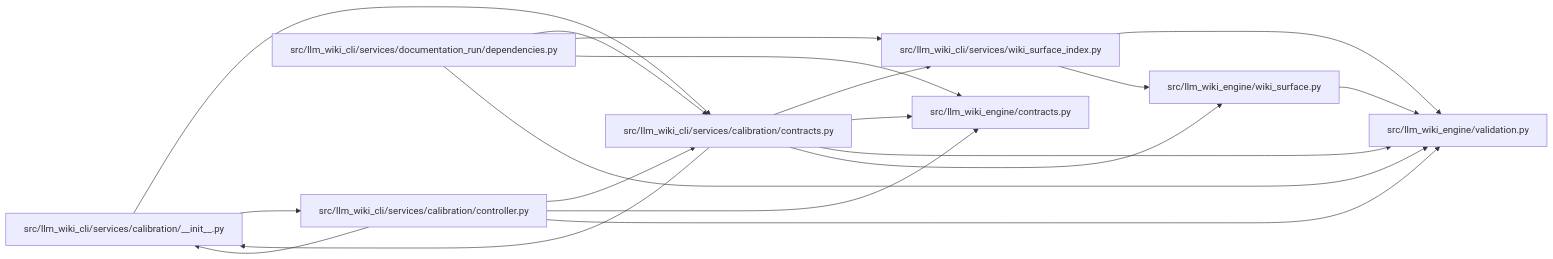
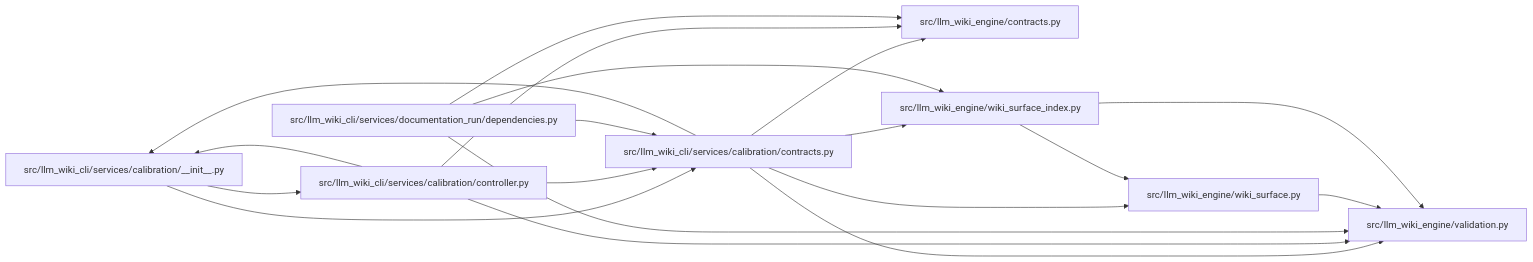
The diagram in docs/llm_wiki/modules/calibration_contracts.md (Denissvgn/python-wiki-llm), drawn with Mermaid before and after one commit. The commit also changed other lines of this file and 739 other files, not shown here.

First line of the commit message:
docs: refresh the wiki for the second engine batch

````diff
--- a/docs/llm_wiki/modules/calibration_contracts.md
+++ b/docs/llm_wiki/modules/calibration_contracts.md
@@ -39,37 +39,37 @@
 ```mermaid
 flowchart LR
     n0["src/llm_wiki_cli/services/calibration/__init__.py"]
     n1["src/llm_wiki_cli/services/calibration/contracts.py"]
     n2["src/llm_wiki_cli/services/calibration/controller.py"]
     n3["src/llm_wiki_cli/services/documentation_run/dependencies.py"]
-    n4["src/llm_wiki_cli/services/wiki_surface_index.py"]
-    n5["src/llm_wiki_engine/contracts.py"]
-    n6["src/llm_wiki_engine/validation.py"]
-    n7["src/llm_wiki_engine/wiki_surface.py"]
+    n4["src/llm_wiki_engine/contracts.py"]
+    n5["src/llm_wiki_engine/validation.py"]
+    n6["src/llm_wiki_engine/wiki_surface.py"]
+    n7["src/llm_wiki_engine/wiki_surface_index.py"]
     n0 --> n1
     n0 --> n2
     n1 --> n0
     n1 --> n4
     n1 --> n5
     n1 --> n6
     n1 --> n7
     n2 --> n0
     n2 --> n1
+    n2 --> n4
     n2 --> n5
-    n2 --> n6
     n3 --> n1
     n3 --> n4
     n3 --> n5
-    n3 --> n6
-    n4 --> n6
-    n4 --> n7
+    n3 --> n7
+    n6 --> n5
+    n7 --> n5
     n7 --> n6
     click n0 "../modules/calibration___init__.md"
     click n1 "../modules/calibration_contracts.md"
     click n2 "../modules/controller.md"
     click n3 "../modules/documentation_run_dependencies.md"
-    click n4 "../modules/wiki_surface_index.md"
-    click n5 "../modules/llm_wiki_engine_contracts.md"
-    click n6 "../modules/validation.md"
-    click n7 "../modules/wiki_surface.md"
+    click n4 "../modules/llm_wiki_engine_contracts.md"
+    click n5 "../modules/validation.md"
+    click n6 "../modules/wiki_surface.md"
+    click n7 "../modules/wiki_surface_index.md"
 ```
````
